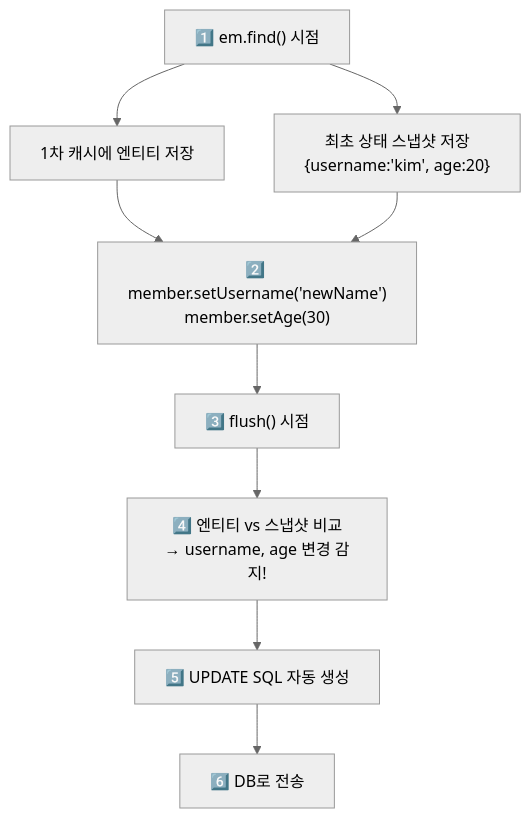
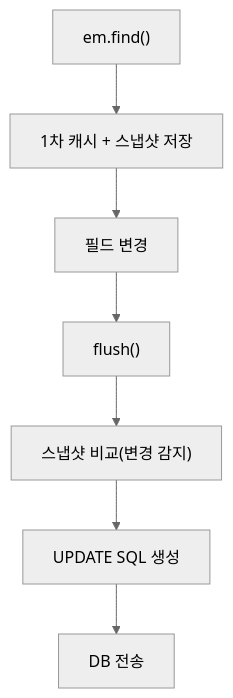
One commit to yjkim2015/yjkim2015.github.io changed the fifth of 10 diagrams in _posts/jpa/2026-05-01-jpa-fundamentals.md. Above: the diagram before and after it, drawn with Mermaid (neutral theme). The commit also changed other lines of this file and 215 other files, not shown here.

First line of the commit message:
신규 포스트 10개 추가 + Mermaid 전면 축소 + SystemDesign 시리즈 보강

````diff
--- a/_posts/jpa/2026-05-01-jpa-fundamentals.md
+++ b/_posts/jpa/2026-05-01-jpa-fundamentals.md
@@ -222,18 +184,7 @@
 ```mermaid
 graph TD
-    FIND["1️⃣ em.find() 시점"]
-    SAVE1["1차 캐시에 엔티티 저장"]
-    SAVE2["최초 상태 스냅샷 저장\n{username:'kim', age:20}"]
-    SET["2️⃣ member.setUsername('newName')\nmember.setAge(30)"]
-    FL["3️⃣ flush() 시점"]
-    CMP["4️⃣ 엔티티 vs 스냅샷 비교\n→ username, age 변경 감지!"]
-    GEN["5️⃣ UPDATE SQL 자동 생성"]
-    SEND["6️⃣ DB로 전송"]
-
-    FIND --> SAVE1 & SAVE2
-    SAVE1 & SAVE2 --> SET
-    SET --> FL
-    FL --> CMP
-    CMP --> GEN
-    GEN --> SEND
+    FIND["em.find()"] --> CACHE["1차 캐시 + 스냅샷 저장"]
+    CACHE --> SET["필드 변경"]
+    SET --> FL["flush()"] --> CMP["스냅샷 비교(변경 감지)"]
+    CMP --> GEN["UPDATE SQL 생성"] --> DB["DB 전송"]
 ```
````
